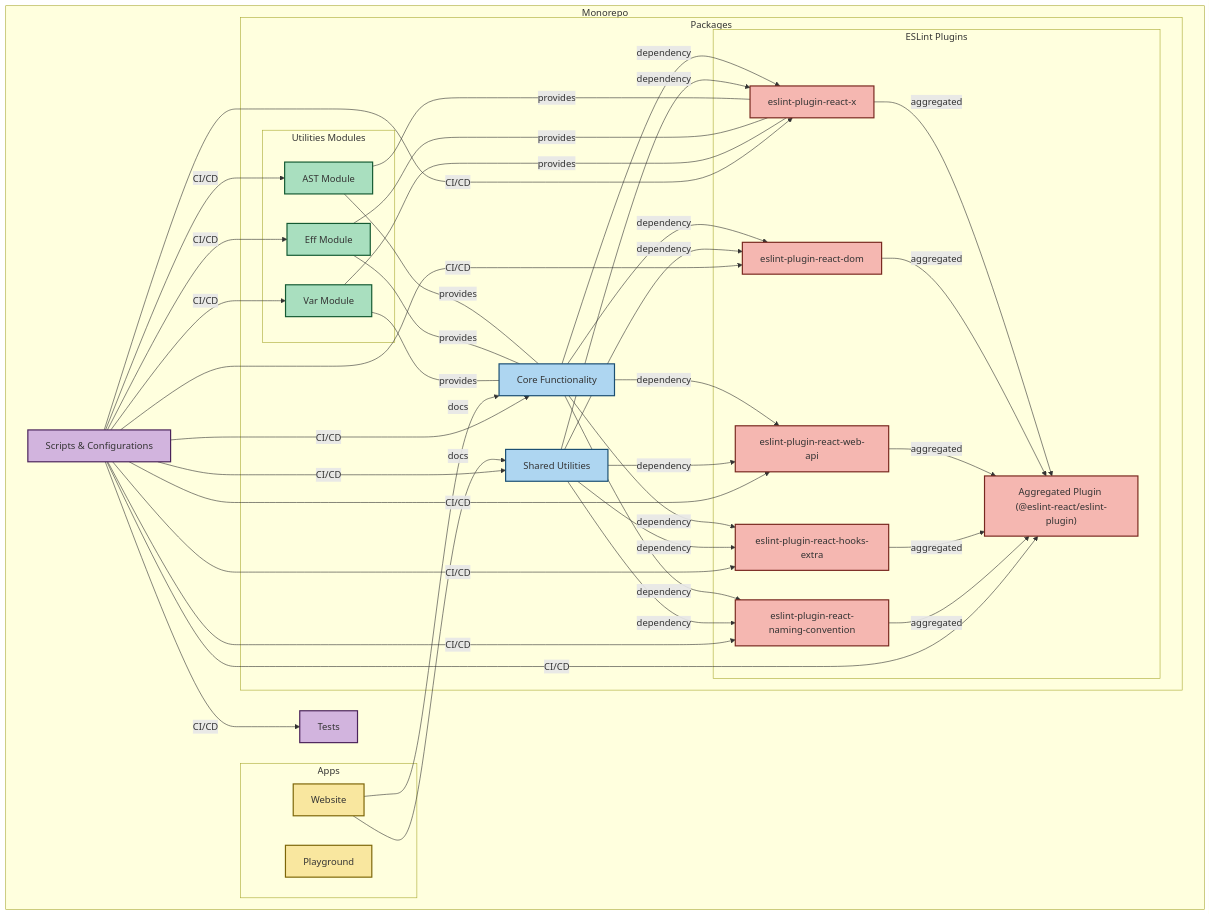
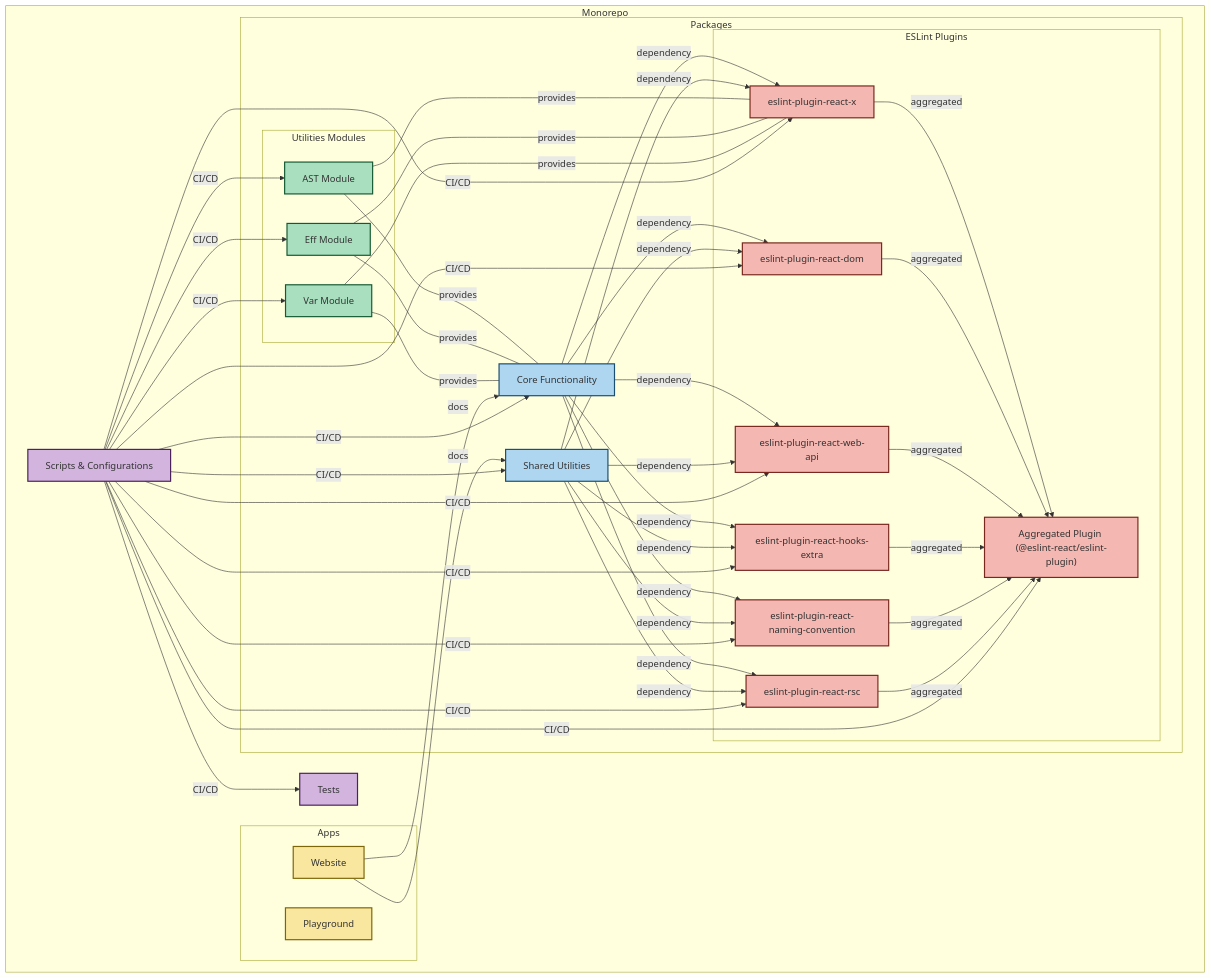
One commit to Rel1cx/eslint-react changed the diagram in apps/website/content/docs/contributing.mdx. Above: the diagram before and after it, drawn with Mermaid. The commit also changed other lines of this file and 4 other files, not shown here.

Commit message:
Add RSC preset and plugin docs

```diff
--- a/apps/website/content/docs/contributing.mdx
+++ b/apps/website/content/docs/contributing.mdx
@@ -34,11 +34,12 @@
 
             %% ESLint Plugins Subgraph
             subgraph "ESLint Plugins"
-                ReactX["eslint-plugin-react-x"]:::plugins
-                ReactDOM["eslint-plugin-react-dom"]:::plugins
+                X["eslint-plugin-react-x"]:::plugins
+                DOM["eslint-plugin-react-dom"]:::plugins
                 WebAPI["eslint-plugin-react-web-api"]:::plugins
                 HooksExtra["eslint-plugin-react-hooks-extra"]:::plugins
                 NamingConvention["eslint-plugin-react-naming-convention"]:::plugins
+                RSC["eslint-plugin-react-rsc"]:::plugins
                 Aggregated["Aggregated Plugin (@eslint-react/eslint-plugin)"]:::plugins
             end
         end
@@ -52,33 +53,36 @@
 
     %% Relationships
     %% Plugins depend on Core and Shared
-    Core -->|"dependency"| ReactX
-    Core -->|"dependency"| ReactDOM
+    Core -->|"dependency"| X
+    Core -->|"dependency"| DOM
     Core -->|"dependency"| WebAPI
     Core -->|"dependency"| HooksExtra
     Core -->|"dependency"| NamingConvention
+    Core -->|"dependency"| RSC
 
-    Shared -->|"dependency"| ReactX
-    Shared -->|"dependency"| ReactDOM
+    Shared -->|"dependency"| X
+    Shared -->|"dependency"| DOM
     Shared -->|"dependency"| WebAPI
     Shared -->|"dependency"| HooksExtra
     Shared -->|"dependency"| NamingConvention
+    Shared -->|"dependency"| RSC
 
     %% Utilities used by Core and Plugins
     AST ---|"provides"| Core
     Eff ---|"provides"| Core
     Var ---|"provides"| Core
 
-    AST ---|"provides"| ReactX
-    Eff ---|"provides"| ReactX
-    Var ---|"provides"| ReactX
+    AST ---|"provides"| X
+    Eff ---|"provides"| X
+    Var ---|"provides"| X
 
     %% Aggregation of Plugins
-    ReactX -->|"aggregated"| Aggregated
-    ReactDOM -->|"aggregated"| Aggregated
+    X -->|"aggregated"| Aggregated
+    DOM -->|"aggregated"| Aggregated
     WebAPI -->|"aggregated"| Aggregated
     HooksExtra -->|"aggregated"| Aggregated
     NamingConvention -->|"aggregated"| Aggregated
+    RSC -->|"aggregated"| Aggregated
 
     %% Website Documentation uses Core and Shared docs
     Website -->|"docs"| Core
@@ -90,11 +94,12 @@
     Scripts -->|"CI/CD"| AST
     Scripts -->|"CI/CD"| Eff
     Scripts -->|"CI/CD"| Var
-    Scripts -->|"CI/CD"| ReactX
-    Scripts -->|"CI/CD"| ReactDOM
+    Scripts -->|"CI/CD"| X
+    Scripts -->|"CI/CD"| DOM
     Scripts -->|"CI/CD"| WebAPI
     Scripts -->|"CI/CD"| HooksExtra
     Scripts -->|"CI/CD"| NamingConvention
+    Scripts -->|"CI/CD"| RSC
     Scripts -->|"CI/CD"| Aggregated
     Scripts -->|"CI/CD"| Tests
 
@@ -106,8 +111,8 @@
     click AST "https://github.com/rel1cx/eslint-react/tree/main/packages/utilities/ast"
     click Eff "https://github.com/rel1cx/eslint-react/tree/main/packages/utilities/eff"
     click Var "https://github.com/rel1cx/eslint-react/tree/main/packages/utilities/var"
-    click ReactX "https://github.com/rel1cx/eslint-react/tree/main/packages/plugins/eslint-plugin-react-x"
-    click ReactDOM "https://github.com/rel1cx/eslint-react/tree/main/packages/plugins/eslint-plugin-react-dom"
+    click X "https://github.com/rel1cx/eslint-react/tree/main/packages/plugins/eslint-plugin-react-x"
+    click DOM "https://github.com/rel1cx/eslint-react/tree/main/packages/plugins/eslint-plugin-react-dom"
     click WebAPI "https://github.com/rel1cx/eslint-react/tree/main/packages/plugins/eslint-plugin-react-web-api"
     click HooksExtra "https://github.com/rel1cx/eslint-react/tree/main/packages/plugins/eslint-plugin-react-hooks-extra"
     click NamingConvention "https://github.com/rel1cx/eslint-react/tree/main/packages/plugins/eslint-plugin-react-naming-convention"
```
